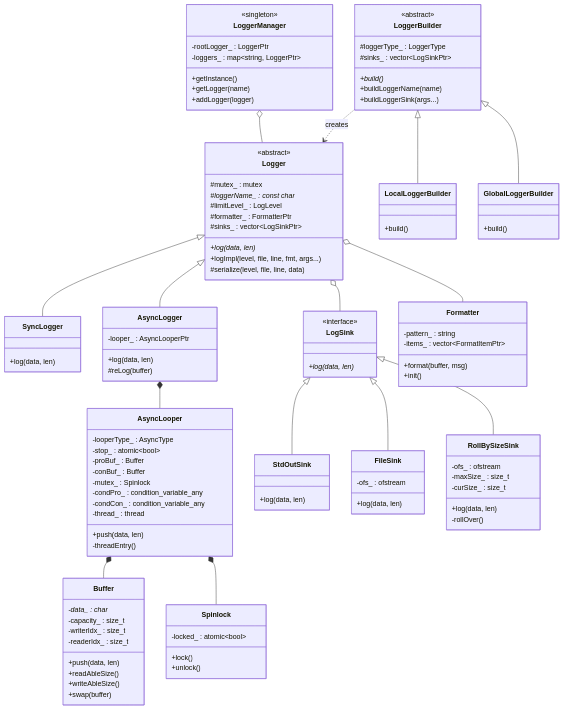
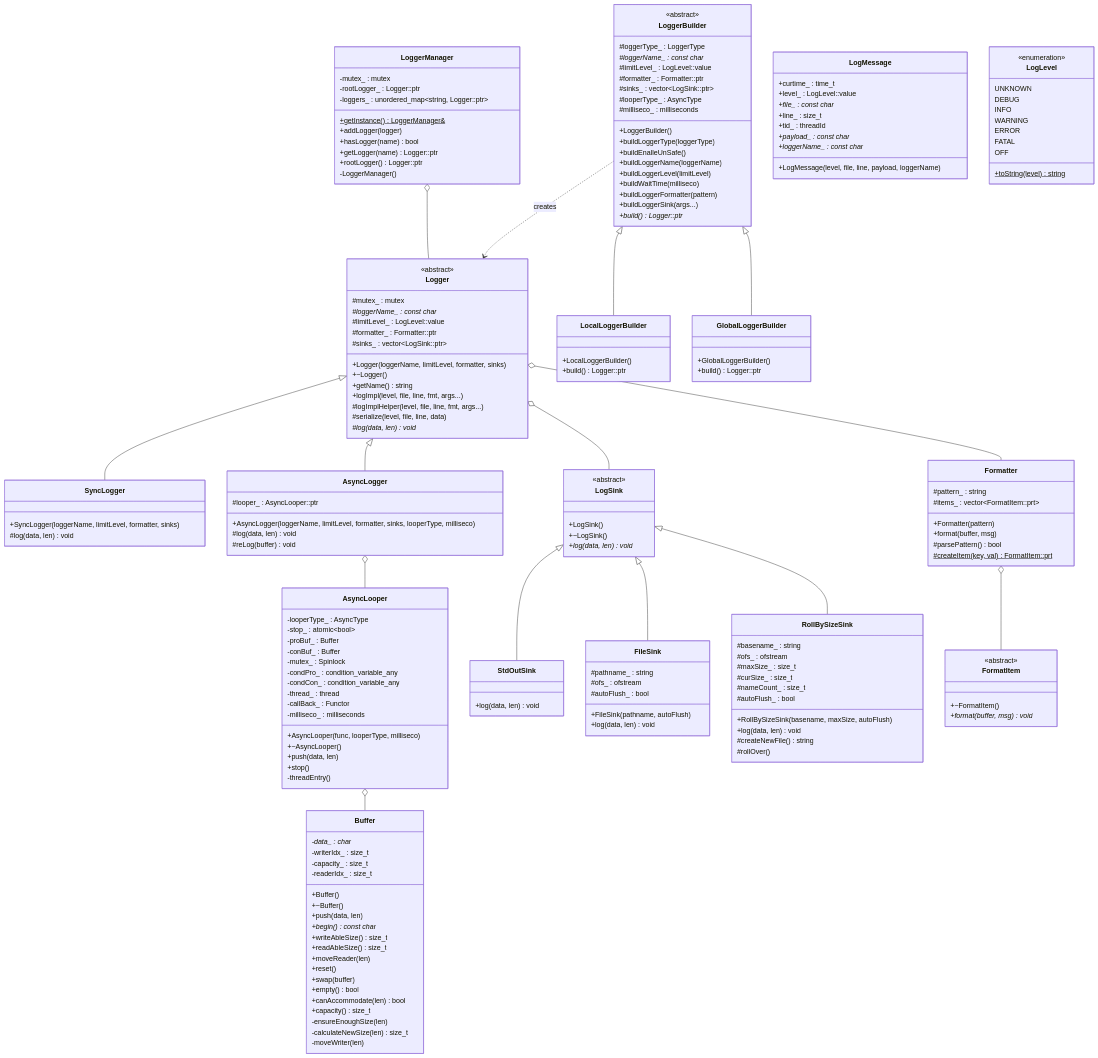
Before and after one commit to hzh-betty/zcoroutine: the second of 4 diagrams in zlog/README.md, drawn with Mermaid. The commit also changed other lines of this file and 2 other files, not shown here.

````diff
--- a/zlog/README.md
+++ b/zlog/README.md
@@ -50,32 +98,75 @@
 ```mermaid
 classDiagram
-    %% Core Logger Hierarchy
     class Logger {
         <<abstract>>
         #mutex_ : mutex
         #loggerName_ : const char*
-        #limitLevel_ : LogLevel
-        #formatter_ : FormatterPtr
-        #sinks_ : vector~LogSinkPtr~
-        +log(data, len)*
+        #limitLevel_ : LogLevel::value
+        #formatter_ : Formatter::ptr
+        #sinks_ : vector~LogSink::ptr~
+        +Logger(loggerName, limitLevel, formatter, sinks)
+        +~Logger()
+        +getName() string
         +logImpl(level, file, line, fmt, args...)
+        #logImplHelper(level, file, line, fmt, args...)
         #serialize(level, file, line, data)
+        #log(data, len)* void
     }
 
     class SyncLogger {
-        +log(data, len)
+        +SyncLogger(loggerName, limitLevel, formatter, sinks)
+        #log(data, len) void
     }
 
     class AsyncLogger {
-        -looper_ : AsyncLooperPtr
-        +log(data, len)
-        #reLog(buffer)
+        #looper_ : AsyncLooper::ptr
+        +AsyncLogger(loggerName, limitLevel, formatter, sinks, looperType, milliseco)
+        #log(data, len) void
+        #reLog(buffer) void
     }
 
-    Logger <|-- SyncLogger
-    Logger <|-- AsyncLogger
+    class LoggerBuilder {
+        <<abstract>>
+        #loggerType_ : LoggerType
+        #loggerName_ : const char*
+        #limitLevel_ : LogLevel::value
+        #formatter_ : Formatter::ptr
+        #sinks_ : vector~LogSink::ptr~
+        #looperType_ : AsyncType
+        #milliseco_ : milliseconds
+        +LoggerBuilder()
+        +buildLoggerType(loggerType)
+        +buildEnalleUnSafe()
+        +buildLoggerName(loggerName)
+        +buildLoggerLevel(limitLevel)
+        +buildWaitTime(milliseco)
+        +buildLoggerFormatter(pattern)
+        +buildLoggerSink(args...)
+        +build()* Logger::ptr
+    }
 
-    %% Async Components
+    class LocalLoggerBuilder {
+        +LocalLoggerBuilder()
+        +build() Logger::ptr
+    }
+
+    class GlobalLoggerBuilder {
+        +GlobalLoggerBuilder()
+        +build() Logger::ptr
+    }
+
+    class LoggerManager {
+        -mutex_ : mutex
+        -rootLogger_ : Logger::ptr
+        -loggers_ : unordered_map~string, Logger::ptr~
+        +getInstance()$ LoggerManager&
+        +addLogger(logger)
+        +hasLogger(name) bool
+        +getLogger(name) Logger::ptr
+        +rootLogger() Logger::ptr
+        -LoggerManager()
+    }
+
     class AsyncLooper {
         -looperType_ : AsyncType
         -stop_ : atomic~bool~
@@ -85,93 +176,120 @@
         -condPro_ : condition_variable_any
         -condCon_ : condition_variable_any
         -thread_ : thread
+        -callBack_ : Functor
+        -milliseco_ : milliseconds
+        +AsyncLooper(func, looperType, milliseco)
+        +~AsyncLooper()
         +push(data, len)
+        +stop()
         -threadEntry()
     }
 
     class Buffer {
         -data_ : char*
+        -writerIdx_ : size_t
         -capacity_ : size_t
-        -writerIdx_ : size_t
         -readerIdx_ : size_t
+        +Buffer()
+        +~Buffer()
         +push(data, len)
-        +readAbleSize()
-        +writeAbleSize()
+        +begin() const char*
+        +writeAbleSize() size_t
+        +readAbleSize() size_t
+        +moveReader(len)
+        +reset()
         +swap(buffer)
+        +empty() bool
+        +canAccommodate(len) bool
+        +capacity() size_t
+        -ensureEnoughSize(len)
+        -calculateNewSize(len) size_t
+        -moveWriter(len)
     }
 
-    class Spinlock {
-        -locked_ : atomic~bool~
-        +lock()
-        +unlock()
+    class LogSink {
+        <<abstract>>
+        +LogSink()
+        +~LogSink()
+        +log(data, len)* void
     }
 
-    AsyncLogger *-- AsyncLooper
-    AsyncLooper *-- Buffer
-    AsyncLooper *-- Spinlock
-
-    %% Sinks
-    class LogSink {
-        <<interface>>
-        +log(data, len)*
-    }
     class StdOutSink {
-        +log(data, len)
-    }
-    class FileSink {
-        -ofs_ : ofstream
-        +log(data, len)
-    }
-    class RollBySizeSink {
-        -ofs_ : ofstream
-        -maxSize_ : size_t
-        -curSize_ : size_t
-        +log(data, len)
-        -rollOver()
+        +log(data, len) void
     }
 
-    Logger o-- LogSink
+    class FileSink {
+        #pathname_ : string
+        #ofs_ : ofstream
+        #autoFlush_ : bool
+        +FileSink(pathname, autoFlush)
+        +log(data, len) void
+    }
+
+    class RollBySizeSink {
+        #basename_ : string
+        #ofs_ : ofstream
+        #maxSize_ : size_t
+        #curSize_ : size_t
+        #nameCount_ : size_t
+        #autoFlush_ : bool
+        +RollBySizeSink(basename, maxSize, autoFlush)
+        +log(data, len) void
+        #createNewFile() string
+        #rollOver()
+    }
+
+    class Formatter {
+        #pattern_ : string
+        #items_ : vector~FormatItem::prt~
+        +Formatter(pattern)
+        +format(buffer, msg)
+        #parsePattern() bool
+        #createItem(key, val)$ FormatItem::prt
+    }
+
+    class FormatItem {
+        <<abstract>>
+        +~FormatItem()
+        +format(buffer, msg)* void
+    }
+
+    class LogMessage {
+        +curtime_ : time_t
+        +level_ : LogLevel::value
+        +file_ : const char*
+        +line_ : size_t
+        +tid_ : threadId
+        +payload_ : const char*
+        +loggerName_ : const char*
+        +LogMessage(level, file, line, payload, loggerName)
+    }
+
+    class LogLevel {
+        <<enumeration>>
+        UNKNOWN
+        DEBUG
+        INFO
+        WARNING
+        ERROR
+        FATAL
+        OFF
+        +toString(level)$ string
+    }
+
+    Logger <|-- SyncLogger
+    Logger <|-- AsyncLogger
+    LoggerBuilder <|-- LocalLoggerBuilder
+    LoggerBuilder <|-- GlobalLoggerBuilder
     LogSink <|-- StdOutSink
     LogSink <|-- FileSink
     LogSink <|-- RollBySizeSink
 
-    %% Formatter
-    class Formatter {
-        -pattern_ : string
-        -items_ : vector~FormatItemPtr~
-        +format(buffer, msg)
-        +init()
-    }
-    
     Logger o-- Formatter
-
-    %% Management & Builder
-    class LoggerManager {
-        <<singleton>>
-        -rootLogger_ : LoggerPtr
-        -loggers_ : map~string, LoggerPtr~
-        +getInstance()
-        +getLogger(name)
-        +addLogger(logger)
-    }
-
-    class LoggerBuilder {
-        <<abstract>>
-        #loggerType_ : LoggerType
-        #sinks_ : vector~LogSinkPtr~
-        +build()*
-        +buildLoggerName(name)
-        +buildLoggerSink(args...)
-    }
-    class LocalLoggerBuilder {
-        +build()
-    }
-    class GlobalLoggerBuilder {
-        +build()
-    }
-
-    LoggerBuilder <|-- LocalLoggerBuilder
-    LoggerBuilder <|-- GlobalLoggerBuilder
+    Logger o-- LogSink
+    AsyncLogger o-- AsyncLooper
+    AsyncLooper o-- Buffer
+    Formatter o-- FormatItem
     LoggerManager o-- Logger
     LoggerBuilder ..> Logger : creates
 ```
````
